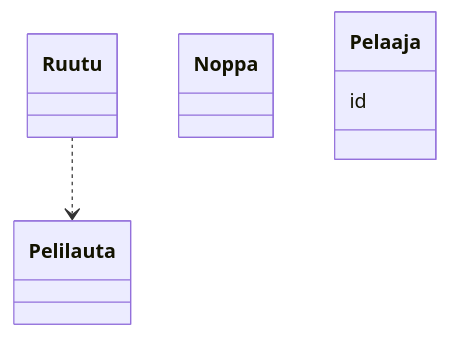
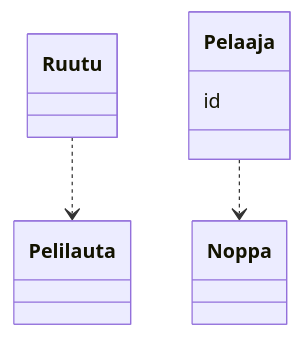
The diagram in laskarit/viikko3/test.md (MiikaMatias/ot-harjoitustyo), drawn with Mermaid before and after one commit.

````diff
--- a/laskarit/viikko3/test.md
+++ b/laskarit/viikko3/test.md
@@ -5,13 +5,14 @@
 ```mermaid
  classDiagram
       Ruutu ..> Pelilauta
+      Pelaaja ..> Noppa
       class Noppa{
       }
       class Pelaaja{
           id
       }
       class Pelilauta{
       }
       class Ruutu{
       }
 ```
````
